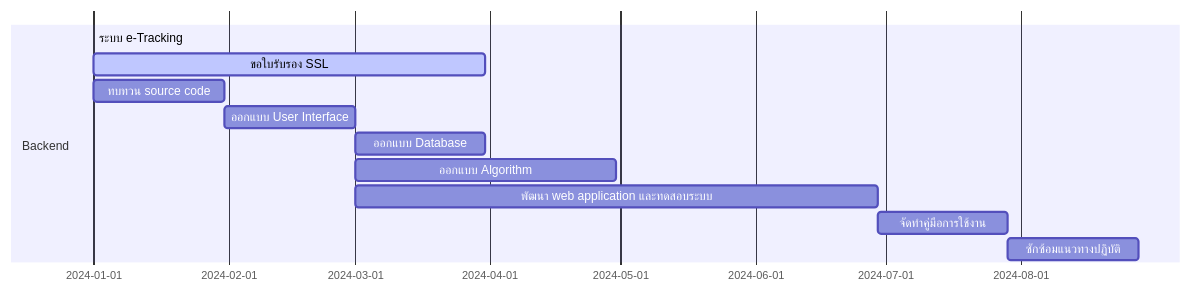
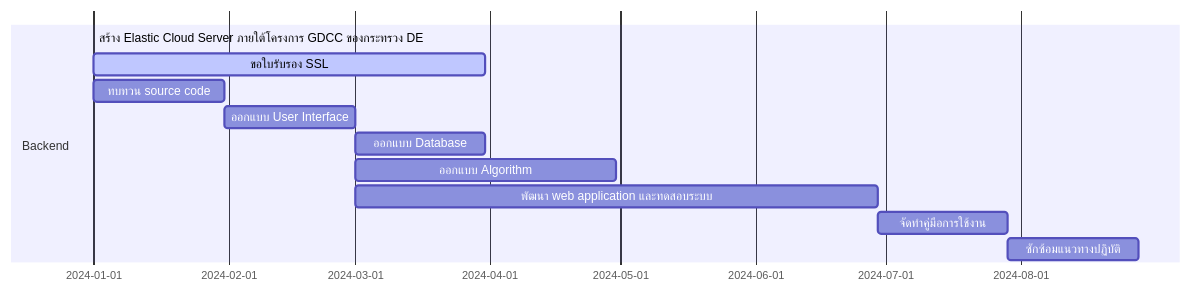
One commit to Kietpawpan/e-tracking changed the diagram in README.md. Above: the diagram before and after it, drawn with Mermaid.

````diff
--- a/README.md
+++ b/README.md
@@ -6,15 +6,15 @@
 ```mermaid
 gantt
     section Backend
-    ระบบ e-Tracking :done,    des1, 2024-01-01,2024-01-30
+    สร้าง Elastic Cloud Server ภายใต้โครงการ GDCC ของกระทรวง DE :done,    des1, 2024-01-01,2024-01-30
     ขอใบรับรอง SSL        :active, des2, after des1, 90d
     ทบทวน source code  :         des3, after des1, 30d
     ออกแบบ User Interface  :         des4, after des3, 30d
     ออกแบบ Database   :         des5, after des4, 30d
     ออกแบบ Algorithm   :         des6, after des4, 60d
     พัฒนา web application และทดสอบระบบ   :         des7, after des4, 120d
     จัดทำคู่มือการใช้งาน   :         des8, after des7, 30d
     ซักซ้อมแนวทางปฏิบัติ   :         des9, after des8, 30d
 
 
 ```
````
